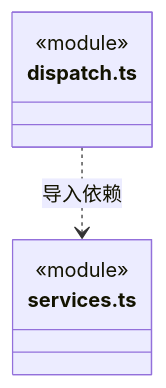
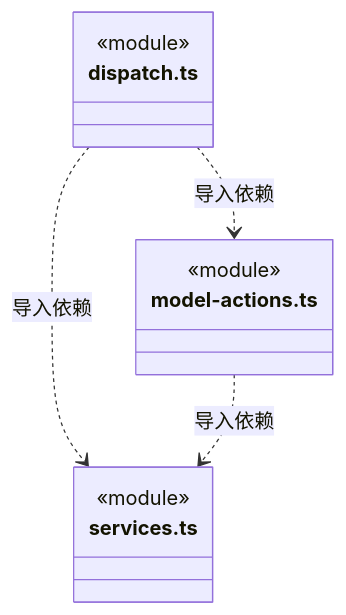
The sixth of 6 diagrams in src/backend/main/ipc/ARCHITECTURE.md (nan023062/cbim), drawn with Mermaid before and after one commit. The commit also changed other lines of this file and 34 other files, not shown here.

First line of the commit message:
refactor: type model settings IPC requests and responses

````diff
--- a/src/backend/main/ipc/ARCHITECTURE.md
+++ b/src/backend/main/ipc/ARCHITECTURE.md
@@ -93,10 +118,15 @@
 ```mermaid
 classDiagram
 class N_src_backend_main_ipc_dispatch_ts["dispatch.ts"] {
   <<module>>
 }
+class N_src_backend_main_ipc_model_actions_ts["model-actions.ts"] {
+  <<module>>
+}
 class N_src_backend_main_ipc_services_ts["services.ts"] {
   <<module>>
 }
+N_src_backend_main_ipc_dispatch_ts ..> N_src_backend_main_ipc_model_actions_ts : 导入依赖
 N_src_backend_main_ipc_dispatch_ts ..> N_src_backend_main_ipc_services_ts : 导入依赖
+N_src_backend_main_ipc_model_actions_ts ..> N_src_backend_main_ipc_services_ts : 导入依赖
 ```
````
